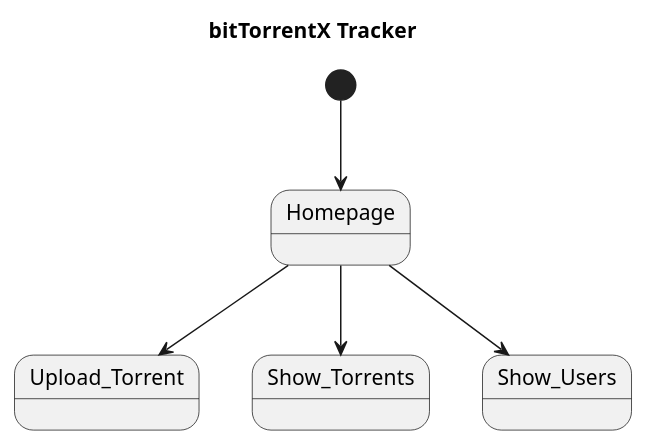
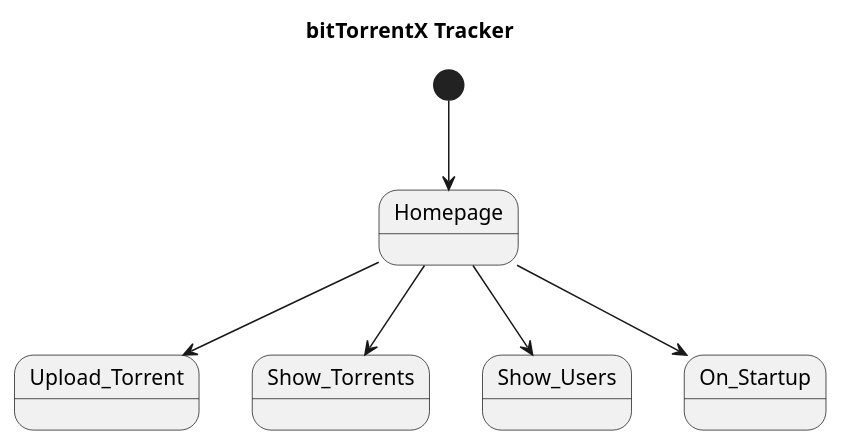
The diagram in PlantUML/TrackerPages.puml (YuvalHad1220/Bittorent-Project), drawn with PlantUML before and after one commit. The commit also changed 3 other files, not shown here.

```diff
--- a/PlantUML/TrackerPages.puml
+++ b/PlantUML/TrackerPages.puml
@@ -1,9 +1,10 @@
 @startuml
 title bitTorrentX Tracker
 
 [*] --> Homepage
 Homepage --> Upload_Torrent
 Homepage --> Show_Torrents
 Homepage --> Show_Users
+Homepage --> On_Startup
 
 @enduml
```
